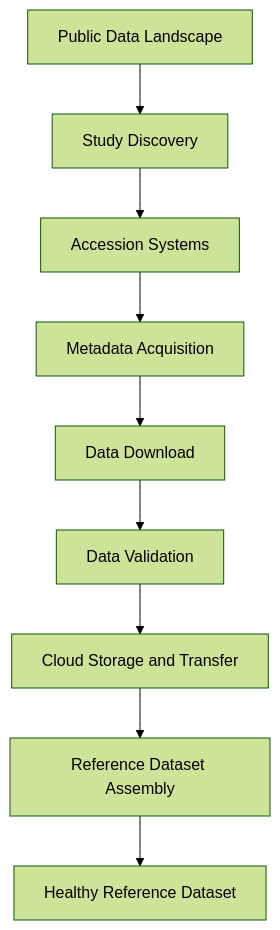
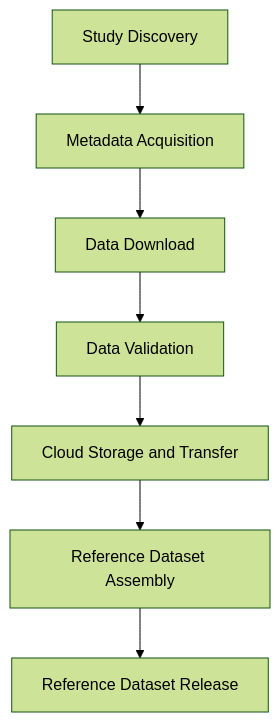
Before and after one commit to tmbuza/data-acquisition-system: the diagram in 09-end-to-end-case-study.qmd, drawn with Mermaid (forest theme). The commit also changed other lines of this file and 16 other files, not shown here.

````diff
--- a/09-end-to-end-case-study.qmd
+++ b/09-end-to-end-case-study.qmd
@@ -195,20 +35,16 @@
 ```{mermaid}
 flowchart TD
 
-A[Public Data Landscape]
---> B[Study Discovery]
+A[Study Discovery]
+--> B[Metadata Acquisition]
 
-B --> C[Accession Systems]
+B --> C[Data Download]
 
-C --> D[Metadata Acquisition]
+C --> D[Data Validation]
 
-D --> E[Data Download]
+D --> E[Cloud Storage and Transfer]
 
-E --> F[Data Validation]
+E --> F[Reference Dataset Assembly]
 
-F --> G[Cloud Storage and Transfer]
-
-G --> H[Reference Dataset Assembly]
-
-H --> I[Healthy Reference Dataset]
+F --> G[Reference Dataset Release]
 ```
````
